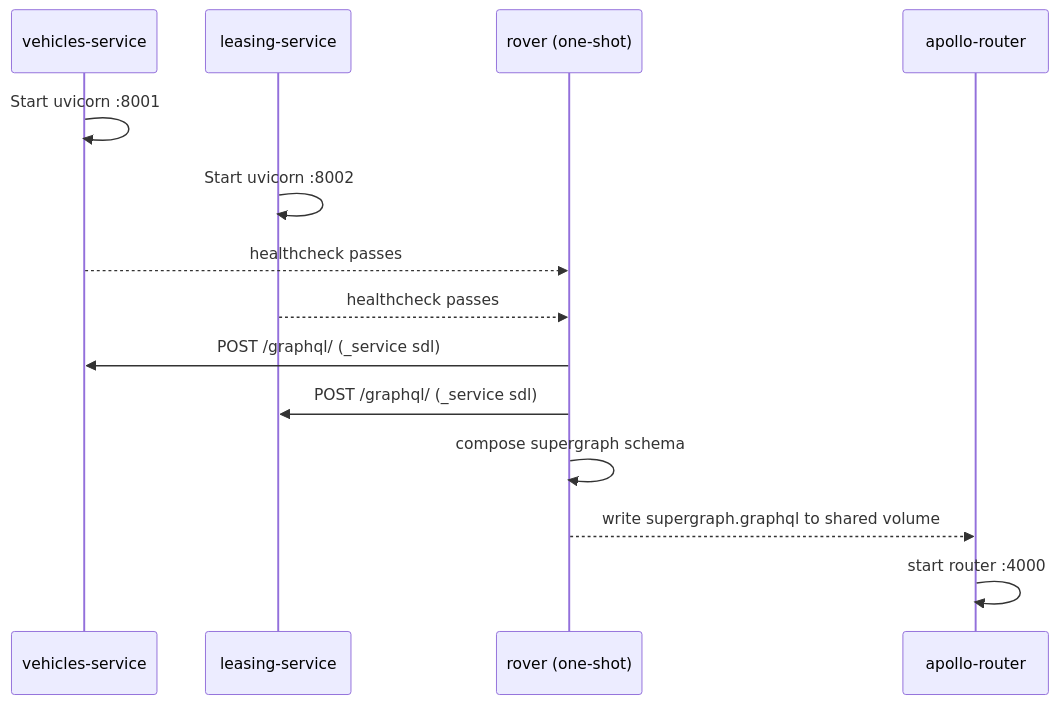
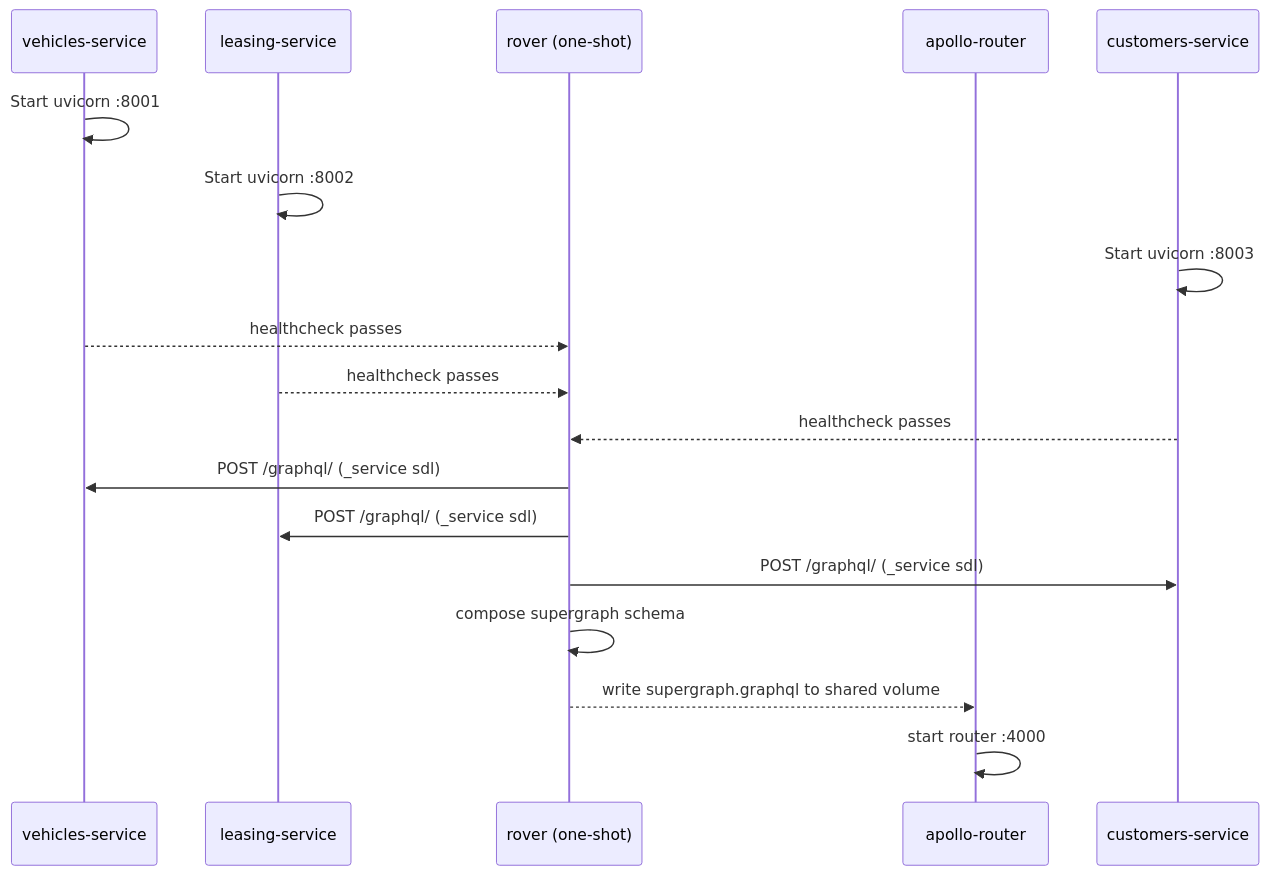
The second of 3 diagrams in README.md (jordanleeevans/evlease), drawn with Mermaid before and after one commit. The commit also changed other lines of this file and 13 other files, not shown here.

Commit message:
feat: Implement customers service with JWT authentication, registration, and login mutations

````diff
--- a/README.md
+++ b/README.md
@@ -75,17 +75,22 @@
 ```mermaid
 sequenceDiagram
     participant V as vehicles-service
     participant L as leasing-service
     participant R as rover (one-shot)
     participant GW as apollo-router
 
+    participant C as customers-service
+
     V->>V: Start uvicorn :8001
     L->>L: Start uvicorn :8002
+    C->>C: Start uvicorn :8003
     V-->>R: healthcheck passes
     L-->>R: healthcheck passes
+    C-->>R: healthcheck passes
     R->>V: POST /graphql/ (_service sdl)
     R->>L: POST /graphql/ (_service sdl)
+    R->>C: POST /graphql/ (_service sdl)
     R->>R: compose supergraph schema
     R-->>GW: write supergraph.graphql to shared volume
     GW->>GW: start router :4000
 ```
````
